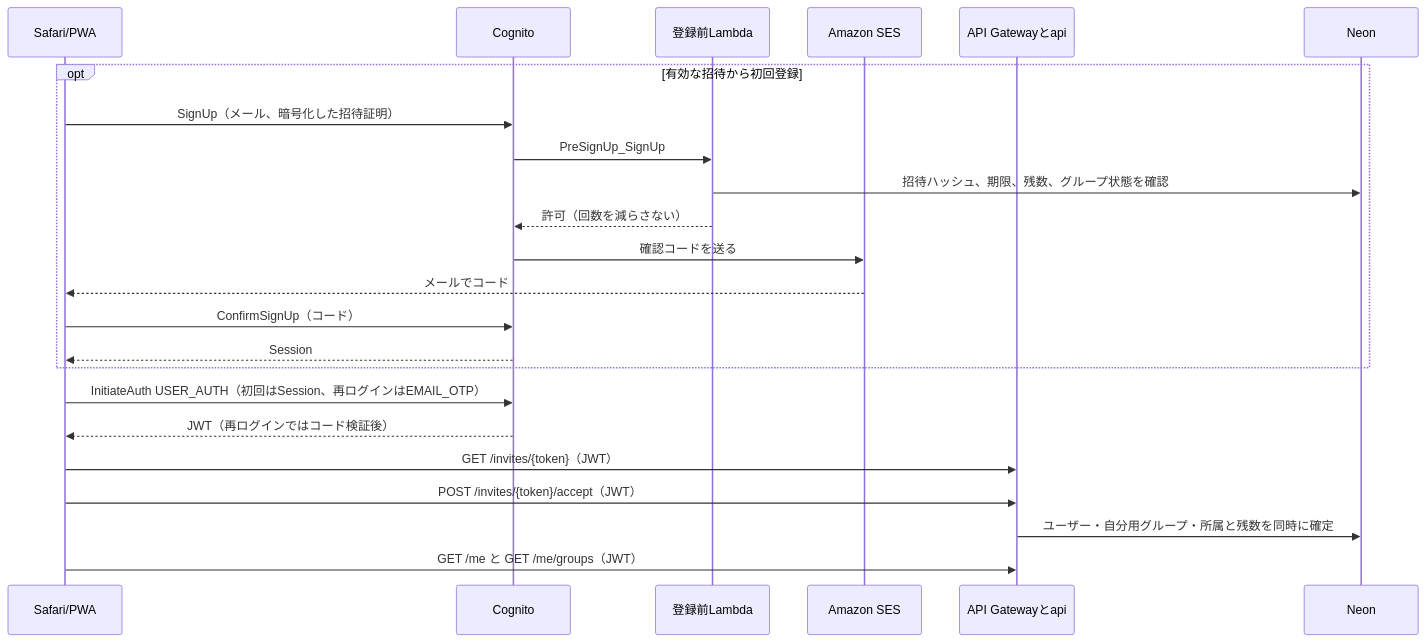
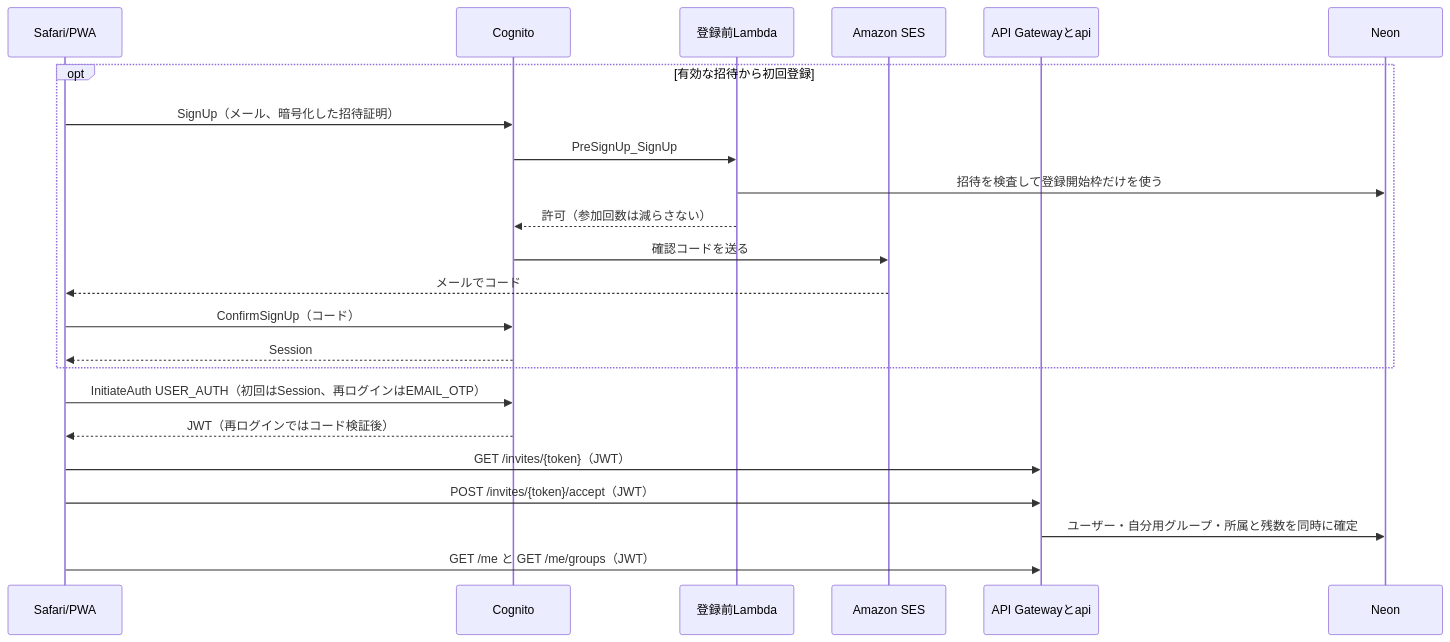
Before and after one commit to oze-xxbumpxx/yoin: the third of 6 diagrams in docs/designs/first-slice.md, drawn with Mermaid. The commit also changed other lines of this file and 6 other files, not shown here.

````diff
--- a/docs/designs/first-slice.md
+++ b/docs/designs/first-slice.md
@@ -63,25 +63,25 @@
 ```mermaid
 sequenceDiagram
     participant P as Safari/PWA
     participant C as Cognito
     participant L as 登録前Lambda
     participant M as Amazon SES
     participant A as API Gatewayとapi
     participant DB as Neon
     opt 有効な招待から初回登録
         P->>C: SignUp（メール、暗号化した招待証明）
         C->>L: PreSignUp_SignUp
-        L->>DB: 招待ハッシュ、期限、残数、グループ状態を確認
-        L-->>C: 許可（回数を減らさない）
+        L->>DB: 招待を検査して登録開始枠だけを使う
+        L-->>C: 許可（参加回数は減らさない）
         C->>M: 確認コードを送る
         M-->>P: メールでコード
         P->>C: ConfirmSignUp（コード）
         C-->>P: Session
     end
     P->>C: InitiateAuth USER_AUTH（初回はSession、再ログインはEMAIL_OTP）
     C-->>P: JWT（再ログインではコード検証後）
     P->>A: GET /invites/{token}（JWT）
     P->>A: POST /invites/{token}/accept（JWT）
     A->>DB: ユーザー・自分用グループ・所属と残数を同時に確定
     P->>A: GET /me と GET /me/groups（JWT）
 ```
````
